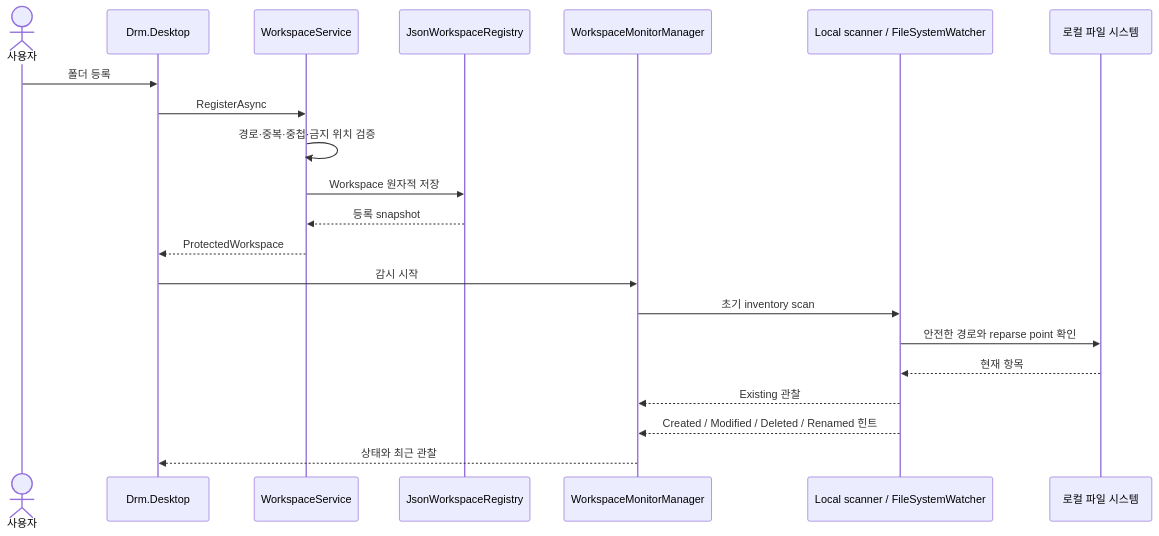
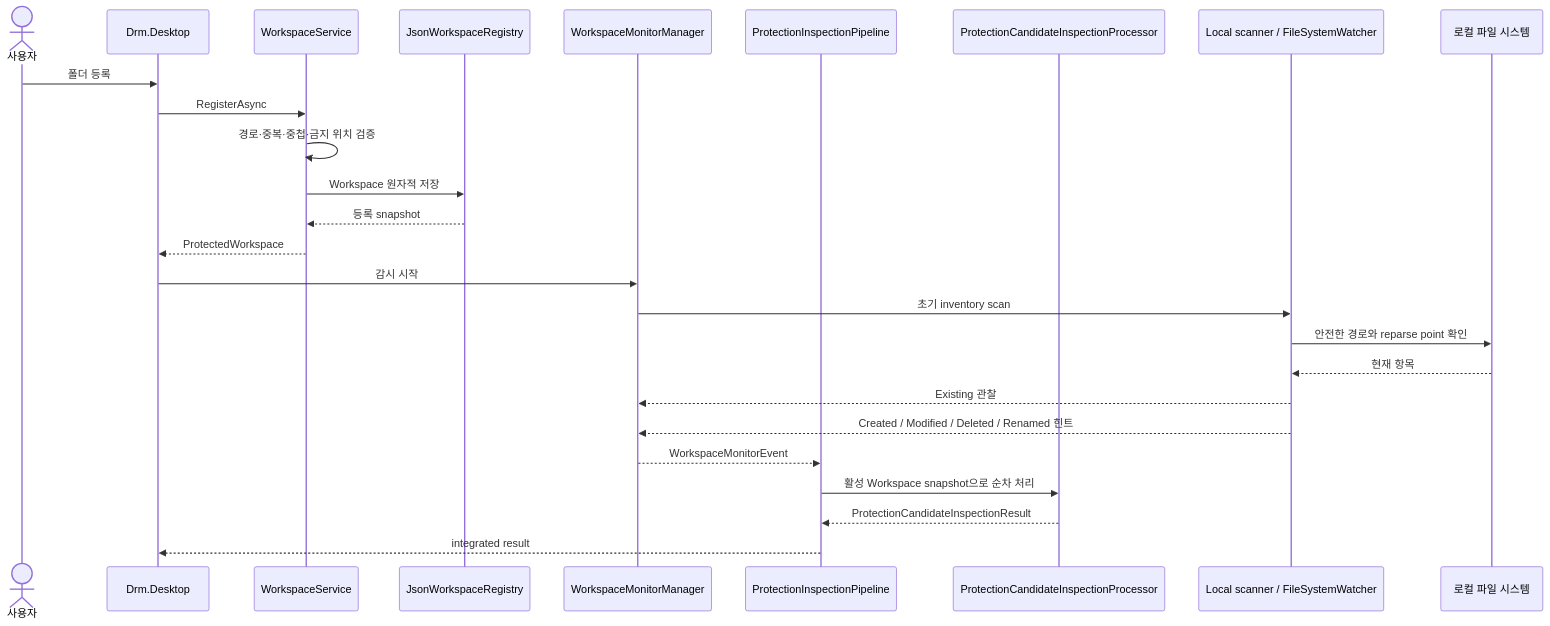
The first of 4 diagrams in docs/architecture-flows.md (forpublicmskim-hub/MY_DRM), drawn with Mermaid before and after one commit. The commit also changed other lines of this file and 20 other files, not shown here.

First line of the commit message:
feat: connect protection inspection pipeline

````diff
--- a/docs/architecture-flows.md
+++ b/docs/architecture-flows.md
@@ -7,24 +7,29 @@
 ```mermaid
 sequenceDiagram
     actor User as 사용자
     participant UI as Drm.Desktop
     participant Service as WorkspaceService
     participant Registry as JsonWorkspaceRegistry
     participant Monitor as WorkspaceMonitorManager
+    participant Pipeline as ProtectionInspectionPipeline
+    participant Processor as ProtectionCandidateInspectionProcessor
     participant Local as Local scanner / FileSystemWatcher
     participant FS as 로컬 파일 시스템
 
     User->>UI: 폴더 등록
     UI->>Service: RegisterAsync
     Service->>Service: 경로·중복·중첩·금지 위치 검증
     Service->>Registry: Workspace 원자적 저장
     Registry-->>Service: 등록 snapshot
     Service-->>UI: ProtectedWorkspace
     UI->>Monitor: 감시 시작
     Monitor->>Local: 초기 inventory scan
     Local->>FS: 안전한 경로와 reparse point 확인
     FS-->>Local: 현재 항목
     Local-->>Monitor: Existing 관찰
     Local-->>Monitor: Created / Modified / Deleted / Renamed 힌트
-    Monitor-->>UI: 상태와 최근 관찰
+    Monitor-->>Pipeline: WorkspaceMonitorEvent
+    Pipeline->>Processor: 활성 Workspace snapshot으로 순차 처리
+    Processor-->>Pipeline: ProtectionCandidateInspectionResult
+    Pipeline-->>UI: integrated result
 ```
````
